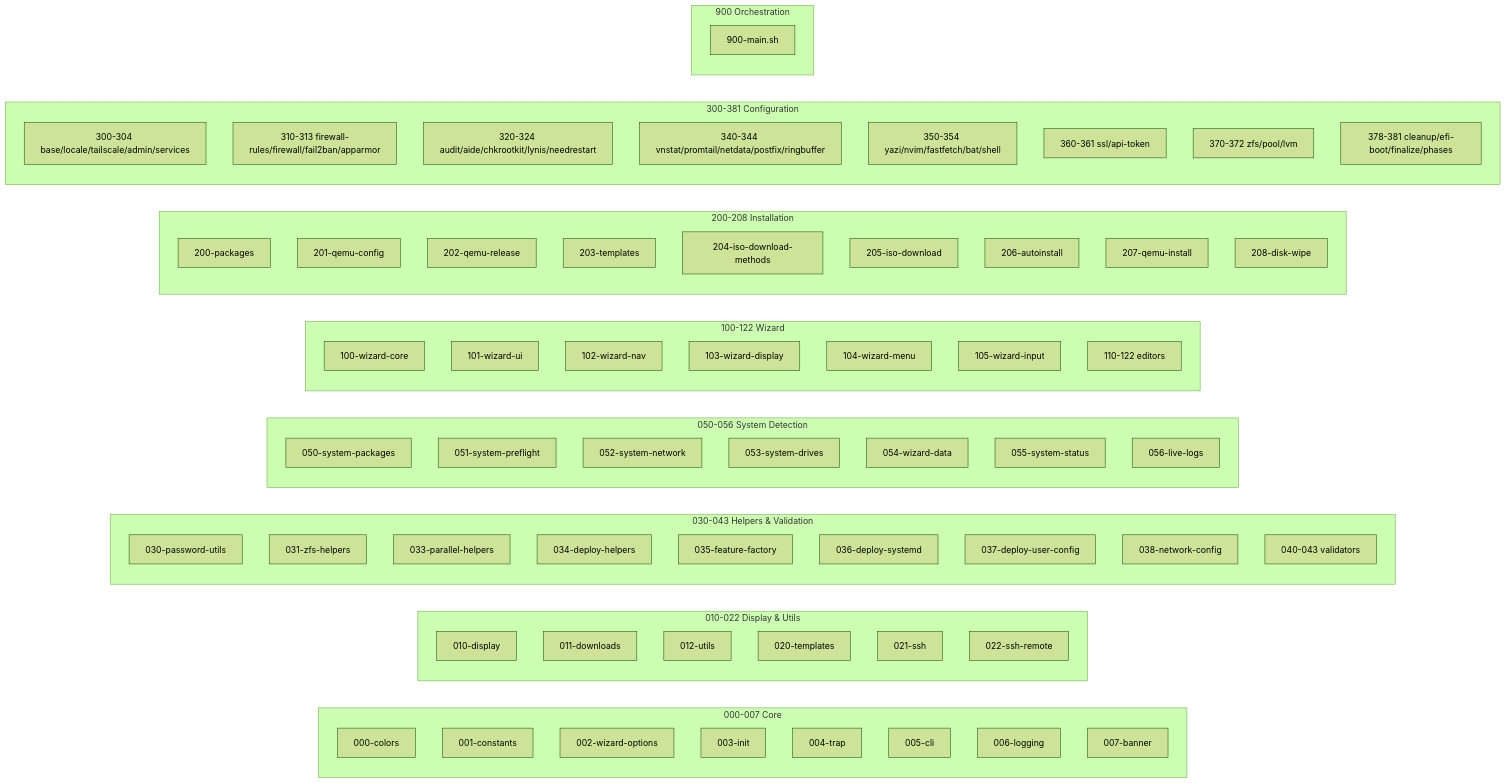
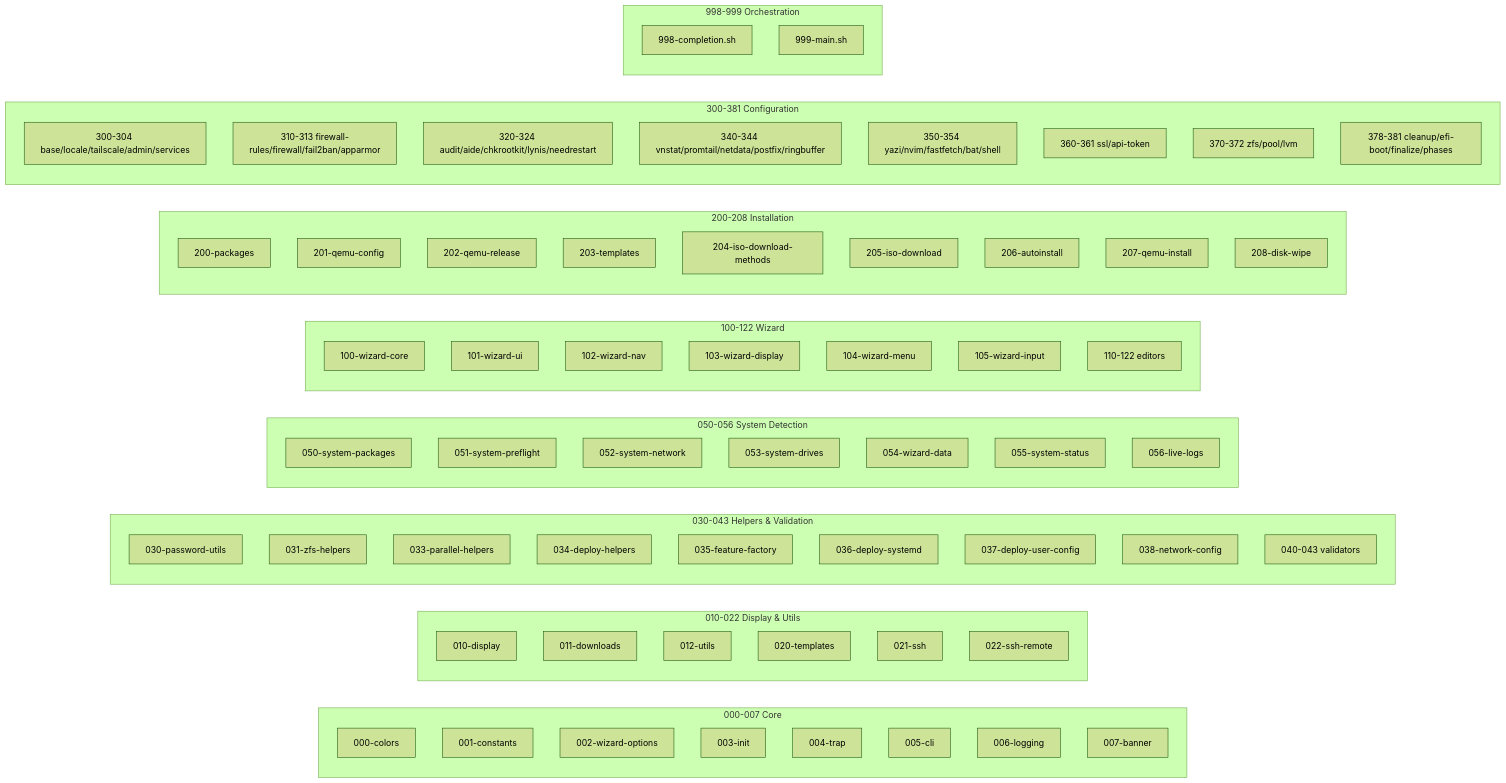
Before and after one commit to qoxi-cloud/proxmox-installer: the third of 3 diagrams in wiki/Architecture.md, drawn with Mermaid (forest theme). The commit also changed other lines of this file and 5 other files, not shown here.

````diff
--- a/wiki/Architecture.md
+++ b/wiki/Architecture.md
@@ -242,81 +242,82 @@
 ```mermaid
 graph LR
     subgraph "000-007 Core"
         A[000-colors]
         B[001-constants]
         C[002-wizard-options]
         D[003-init]
         D2[004-trap]
         E[005-cli]
         F[006-logging]
         G[007-banner]
     end
 
     subgraph "010-022 Display & Utils"
         H[010-display]
         I[011-downloads]
         J[012-utils]
         K[020-templates]
         L[021-ssh]
         L2[022-ssh-remote]
     end
 
     subgraph "030-043 Helpers & Validation"
         M[030-password-utils]
         N[031-zfs-helpers]
         P[033-parallel-helpers]
         Q[034-deploy-helpers]
         Q2[035-feature-factory]
         Q3[036-deploy-systemd]
         Q4[037-deploy-user-config]
         R[038-network-config]
         S[040-043 validators]
     end
 
     subgraph "050-056 System Detection"
         T[050-system-packages]
         U[051-system-preflight]
         V[052-system-network]
         W[053-system-drives]
         X[054-wizard-data]
         Y[055-system-status]
         Z[056-live-logs]
     end
 
     subgraph "100-122 Wizard"
         AA[100-wizard-core]
         AB[101-wizard-ui]
         AC[102-wizard-nav]
         AC2[103-wizard-display]
         AC3[104-wizard-menu]
         AD[105-wizard-input]
         AE[110-122 editors]
     end
 
     subgraph "200-208 Installation"
         AF[200-packages]
         AG[201-qemu-config]
         AG2[202-qemu-release]
         AH[203-templates]
         AI[204-iso-download-methods]
         AI2[205-iso-download]
         AJ[206-autoinstall]
         AJ2[207-qemu-install]
         AJ3[208-disk-wipe]
     end
 
     subgraph "300-381 Configuration"
         AK[300-304 base/locale/tailscale/admin/services]
         AL[310-313 firewall-rules/firewall/fail2ban/apparmor]
         AM[320-324 audit/aide/chkrootkit/lynis/needrestart]
         AO[340-344 vnstat/promtail/netdata/postfix/ringbuffer]
         AP[350-354 yazi/nvim/fastfetch/bat/shell]
         AQ[360-361 ssl/api-token]
         AR[370-372 zfs/pool/lvm]
         AS[378-381 cleanup/efi-boot/finalize/phases]
     end
 
-    subgraph "900 Orchestration"
-        AT[900-main.sh]
+    subgraph "998-999 Orchestration"
+        AT[998-completion.sh]
+        AU[999-main.sh]
     end
 ```
````
